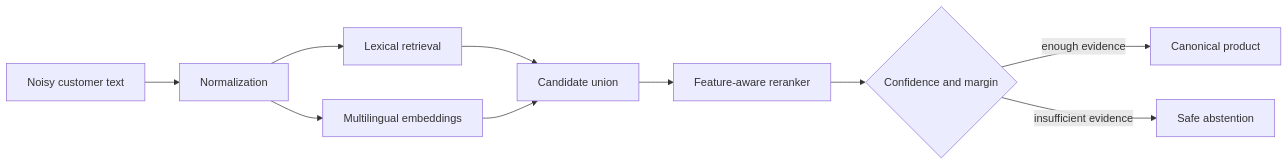
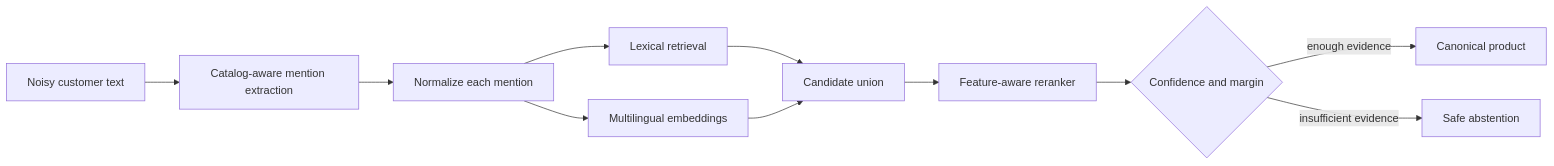
Before and after one commit to ofeliacode/dirty-product-linker: the diagram in README.md, drawn with Mermaid. The commit also changed other lines of this file, not shown here.

Commit message:
docs: document multi-product extraction baseline

````diff
--- a/README.md
+++ b/README.md
@@ -23,12 +23,13 @@
 ```mermaid
 flowchart LR
-    A[Noisy customer text] --> B[Normalization]
+    A[Noisy customer text] --> M[Catalog-aware mention extraction]
+    M --> B[Normalize each mention]
     B --> C[Lexical retrieval]
     B --> D[Multilingual embeddings]
     C --> E[Candidate union]
     D --> E
     E --> F[Feature-aware reranker]
     F --> G{Confidence and margin}
     G -->|enough evidence| H[Canonical product]
     G -->|insufficient evidence| I[Safe abstention]
 ```
````
